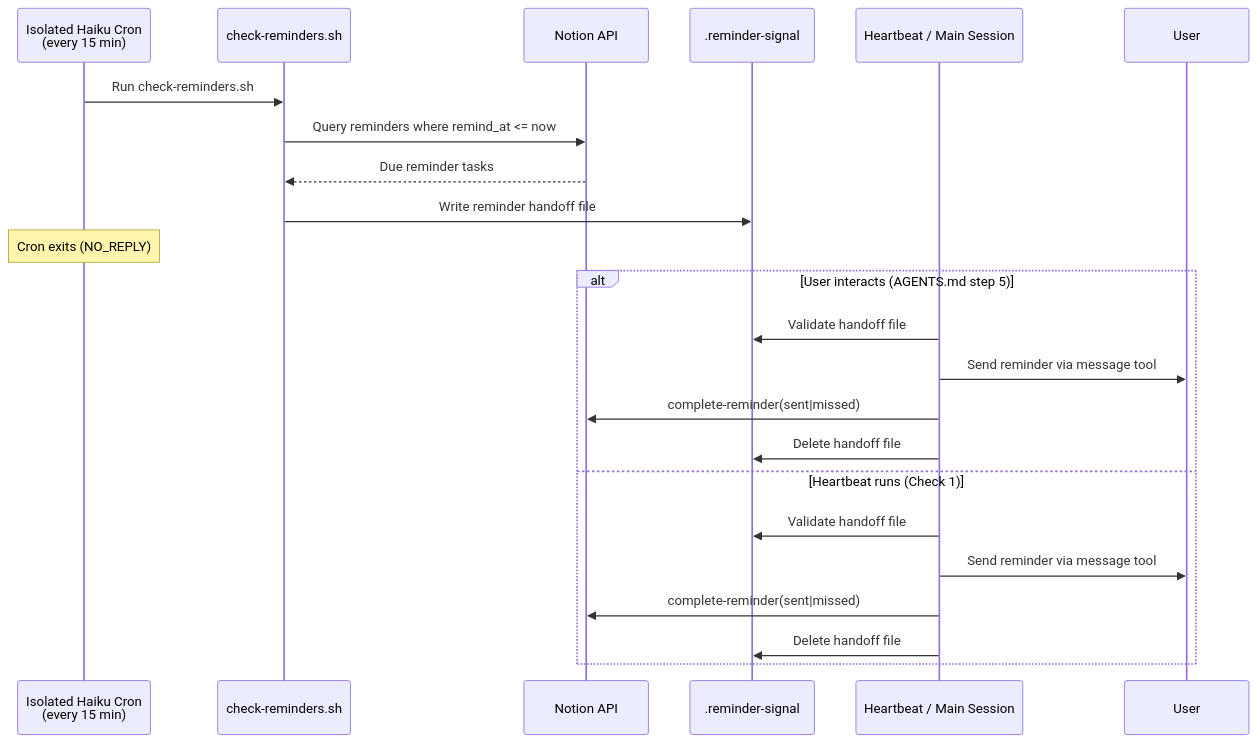
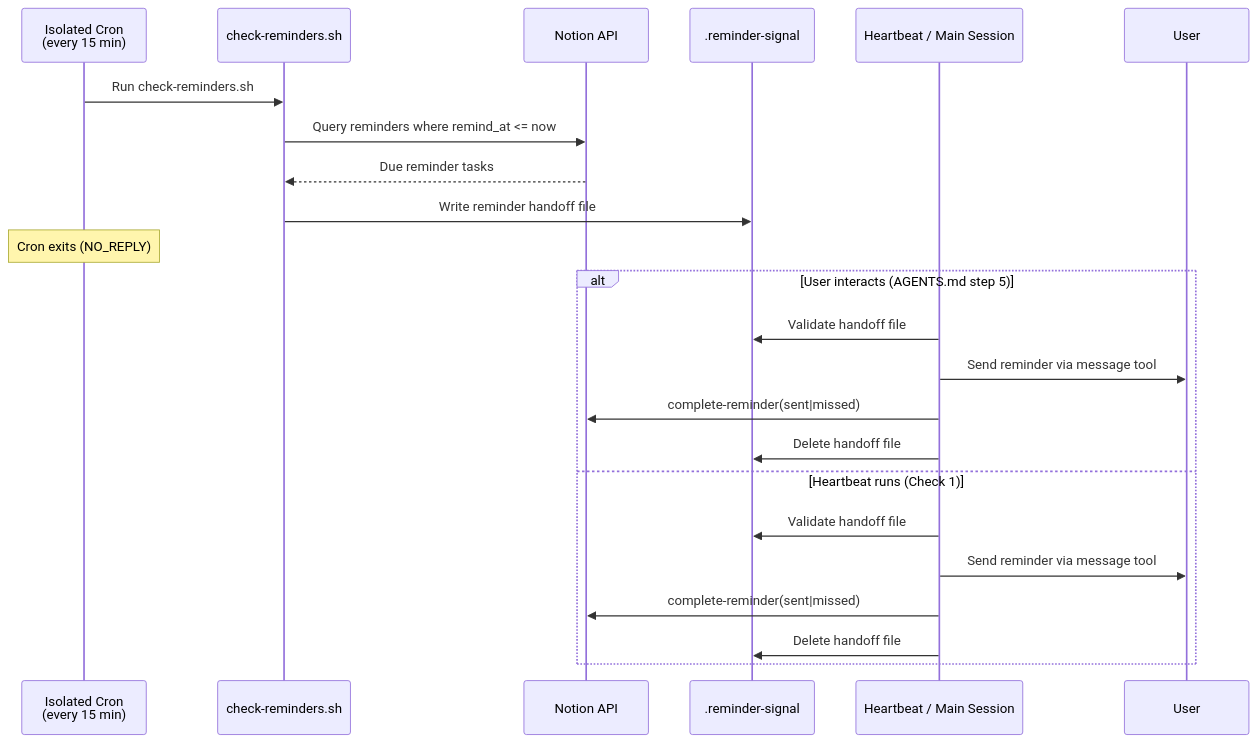
The fifth of 6 diagrams in docs/architecture.md (NickBorgersProbably/hide-my-list), drawn with Mermaid before and after one commit. The commit also changed other lines of this file and 9 other files, not shown here.

````diff
--- a/docs/architecture.md
+++ b/docs/architecture.md
@@ -200,26 +200,26 @@
 ```mermaid
 sequenceDiagram
-    participant Cron as Isolated Haiku Cron<br/>(every 15 min)
+    participant Cron as Isolated Cron<br/>(every 15 min)
     participant Script as check-reminders.sh
     participant Notion as Notion API
     participant Signal as .reminder-signal
     participant Delivery as Heartbeat / Main Session
     participant User
 
     Cron->>Script: Run check-reminders.sh
     Script->>Notion: Query reminders where remind_at <= now
     Notion-->>Script: Due reminder tasks
     Script->>Signal: Write reminder handoff file
     Note over Cron: Cron exits (NO_REPLY)
     alt User interacts (AGENTS.md step 5)
         Delivery->>Signal: Validate handoff file
         Delivery->>User: Send reminder via message tool
         Delivery->>Notion: complete-reminder(sent|missed)
         Delivery->>Signal: Delete handoff file
     else Heartbeat runs (Check 1)
         Delivery->>Signal: Validate handoff file
         Delivery->>User: Send reminder via message tool
         Delivery->>Notion: complete-reminder(sent|missed)
         Delivery->>Signal: Delete handoff file
     end
 ```
````
